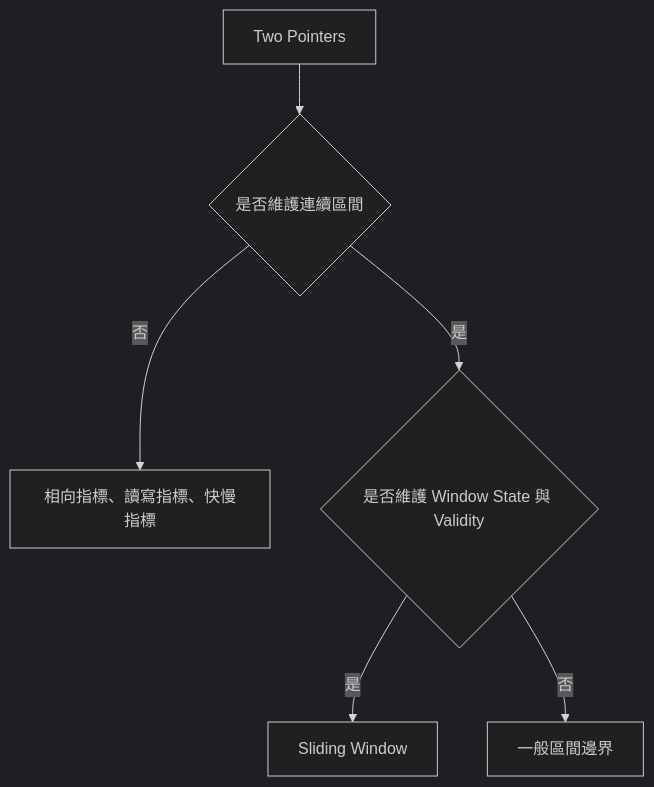
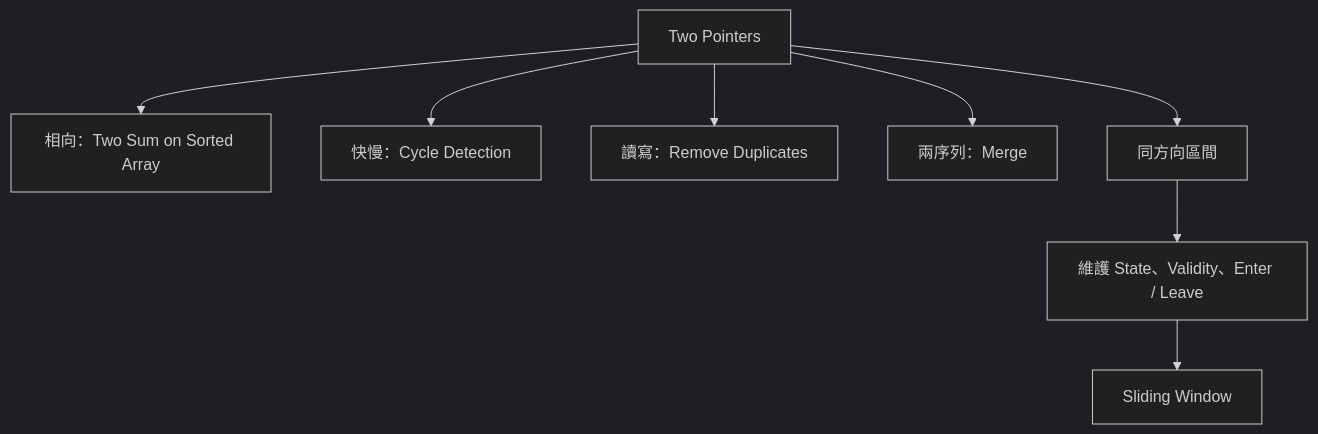
One commit to davidchen0970/algorithm_note changed diagram 11 of 12 in 03_core_patterns/13_sliding_window.md. Above: the diagram before and after it, drawn with Mermaid (dark theme). The commit also changed other lines of this file and 2 other files, not shown here.

````diff
--- a/03_core_patterns/13_sliding_window.md
+++ b/03_core_patterns/13_sliding_window.md
@@ -714,8 +752,10 @@
 ```mermaid
 flowchart TD
-    A["Two Pointers"] --> B{"是否維護連續區間"}
-    B -->|否| C["相向指標、讀寫指標、快慢指標"]
-    B -->|是| D{"是否維護 Window State 與 Validity"}
-    D -->|是| E["Sliding Window"]
-    D -->|否| F["一般區間邊界"]
+    A["Two Pointers"] --> B["相向：Two Sum on Sorted Array"]
+    A --> C["快慢：Cycle Detection"]
+    A --> D["讀寫：Remove Duplicates"]
+    A --> E["兩序列：Merge"]
+    A --> F["同方向區間"]
+    F --> G["維護 State、Validity、Enter / Leave"]
+    G --> H["Sliding Window"]
 ```
````
